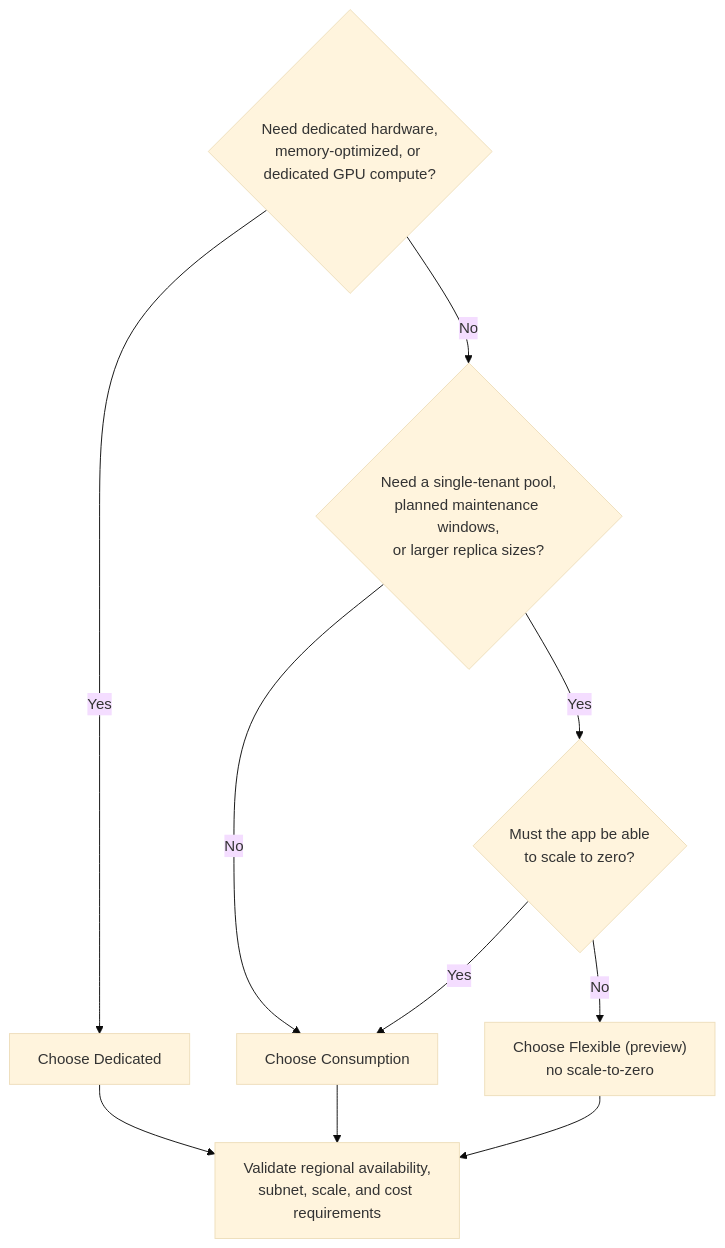
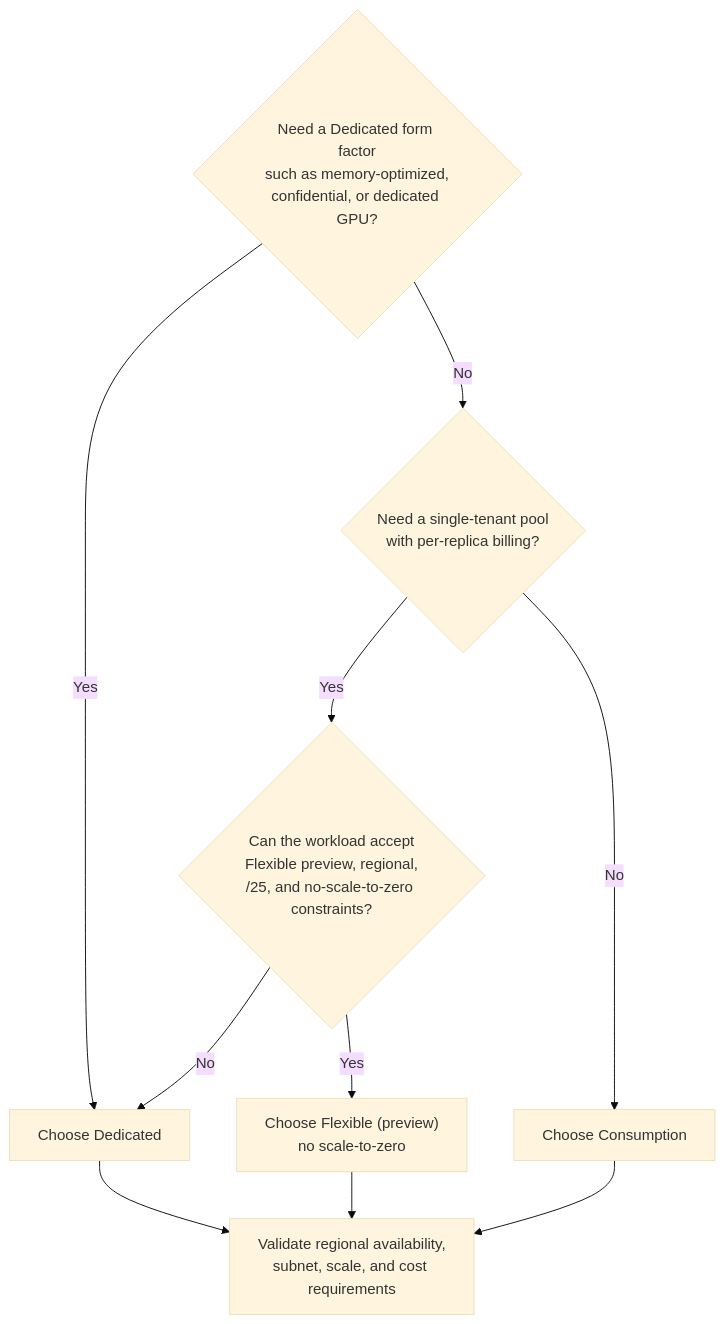
The second of 2 diagrams in docs/best-practices/cost.md (yeongseon/azure-container-apps-practical-guide), drawn with Mermaid (base theme) before and after one commit. The commit also changed other lines of this file, not shown here.

Commit message:
docs(cost): distinguish workload profile economics

````diff
--- a/docs/best-practices/cost.md
+++ b/docs/best-practices/cost.md
@@ -126,23 +128,23 @@
 ```mermaid
 flowchart TD
     accTitle: Choose a Container Apps workload profile type
     accDescr: Selects Consumption, Dedicated, or Flexible from documented scaling, isolation, hardware, and maintenance requirements without invented utilization thresholds.
 
-    START{"Need dedicated hardware,<br/>memory-optimized, or dedicated GPU compute?"}
-    FLEX{"Need a single-tenant pool,<br/>planned maintenance windows,<br/>or larger replica sizes?"}
-    ZERO{"Must the app be able<br/>to scale to zero?"}
+    START{"Need a Dedicated form factor<br/>such as memory-optimized,<br/>confidential, or dedicated GPU?"}
+    TENANCY{"Need a single-tenant pool<br/>with per-replica billing?"}
+    PREVIEW{"Can the workload accept<br/>Flexible preview, regional,<br/>/25, and no-scale-to-zero constraints?"}
     DEDICATED["Choose Dedicated"]
     FLEXIBLE["Choose Flexible (preview)<br/>no scale-to-zero"]
     CONSUMPTION["Choose Consumption"]
     VALIDATE["Validate regional availability,<br/>subnet, scale, and cost requirements"]
 
     START -->|"Yes"| DEDICATED
-    START -->|"No"| FLEX
-    FLEX -->|"No"| CONSUMPTION
-    FLEX -->|"Yes"| ZERO
-    ZERO -->|"Yes"| CONSUMPTION
-    ZERO -->|"No"| FLEXIBLE
+    START -->|"No"| TENANCY
+    TENANCY -->|"No"| CONSUMPTION
+    TENANCY -->|"Yes"| PREVIEW
+    PREVIEW -->|"Yes"| FLEXIBLE
+    PREVIEW -->|"No"| DEDICATED
     DEDICATED --> VALIDATE
     FLEXIBLE --> VALIDATE
     CONSUMPTION --> VALIDATE
 ```
````
